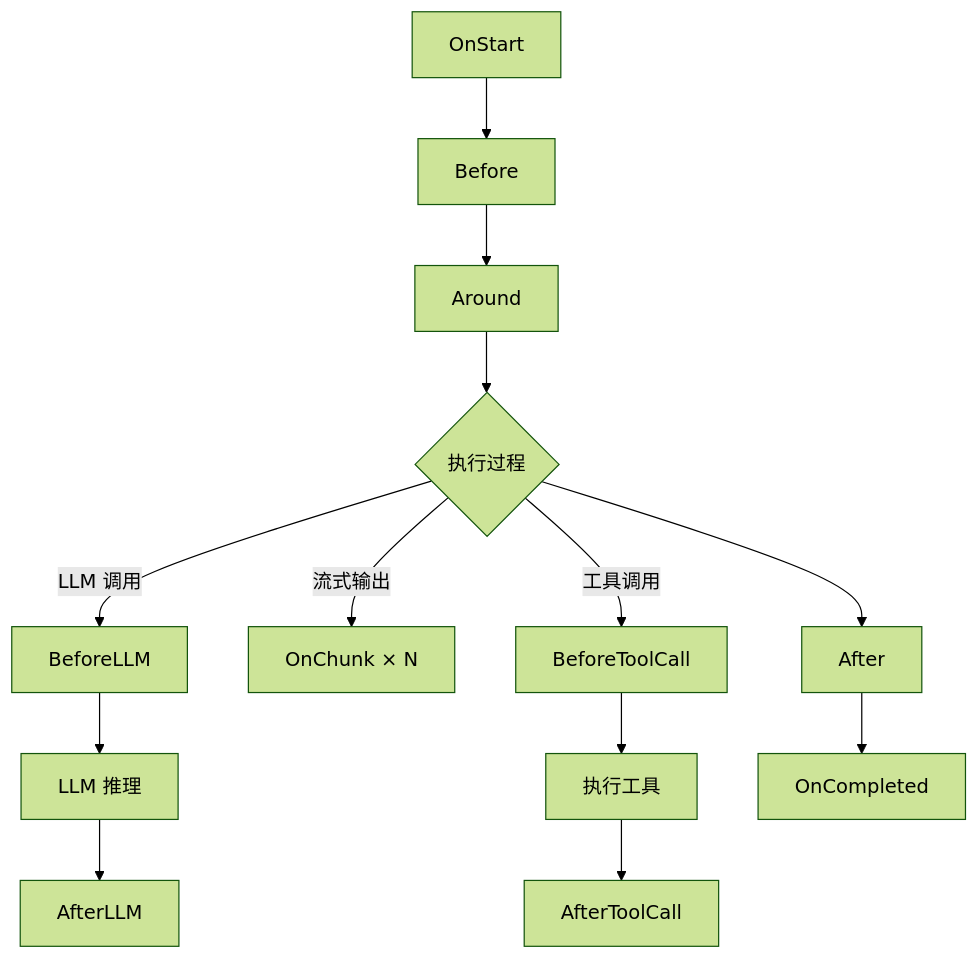
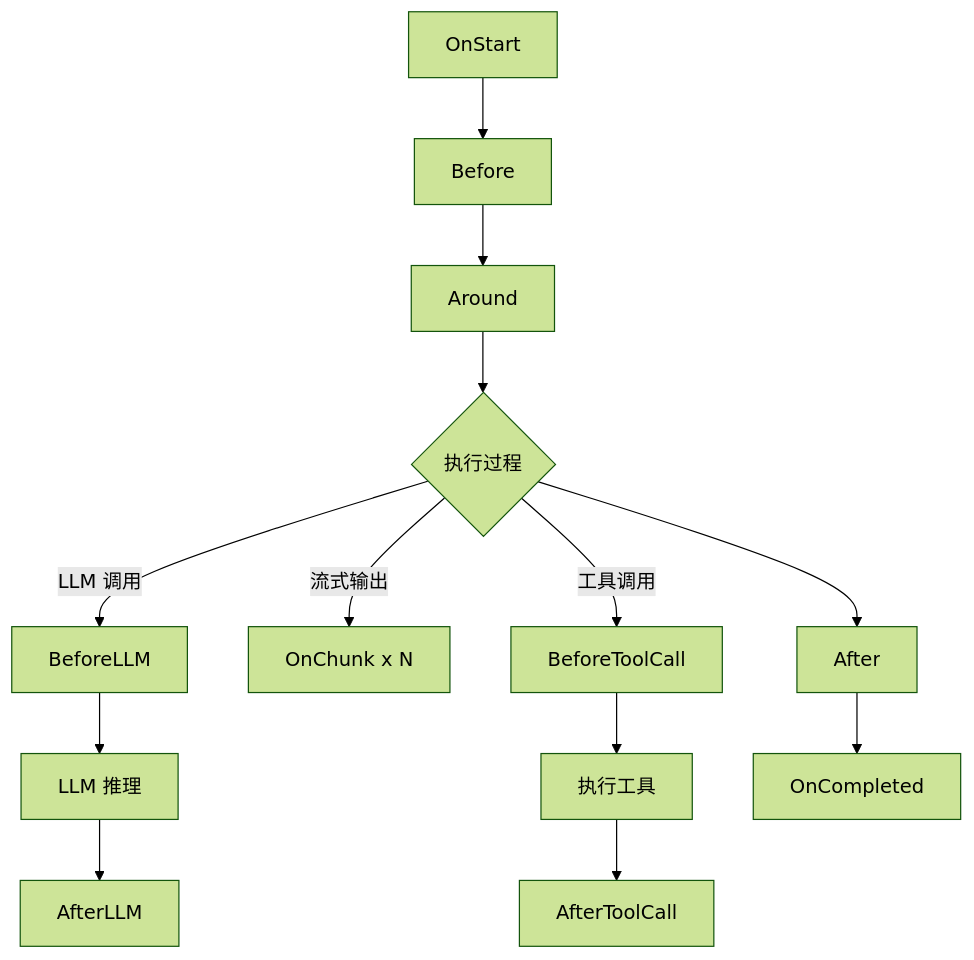
Before and after one commit to rulego/rulego-doc: the first of 2 diagrams in docs/01.指南/04.扩展组件/06.ai/07.智能体/04.切面框架.md, drawn with Mermaid (forest theme). The commit also changed other lines of this file and 29 other files, not shown here.

````diff
--- a/docs/01.指南/04.扩展组件/06.ai/07.智能体/04.切面框架.md
+++ b/docs/01.指南/04.扩展组件/06.ai/07.智能体/04.切面框架.md
@@ -59,15 +59,15 @@
 ```mermaid
 graph TD
     A[OnStart] --> B[Before]
     B --> C[Around]
     C --> D{执行过程}
     D -->|LLM 调用| E[BeforeLLM]
     E --> F[LLM 推理]
     F --> G[AfterLLM]
-    D -->|流式输出| H[OnChunk × N]
+    D -->|流式输出| H["OnChunk x N"]
     D -->|工具调用| I[BeforeToolCall]
     I --> J[执行工具]
     J --> K[AfterToolCall]
     D --> L[After]
     L --> M[OnCompleted]
 ```
````
